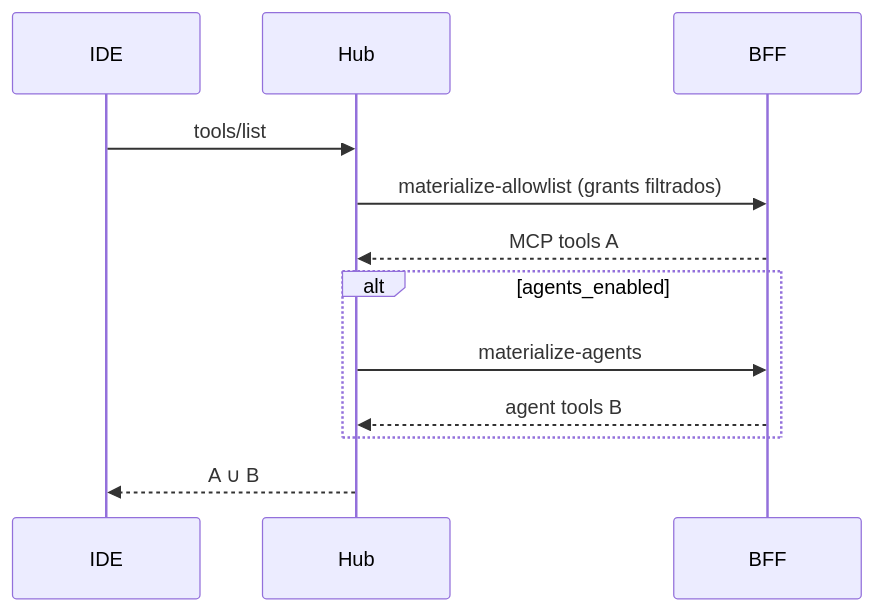
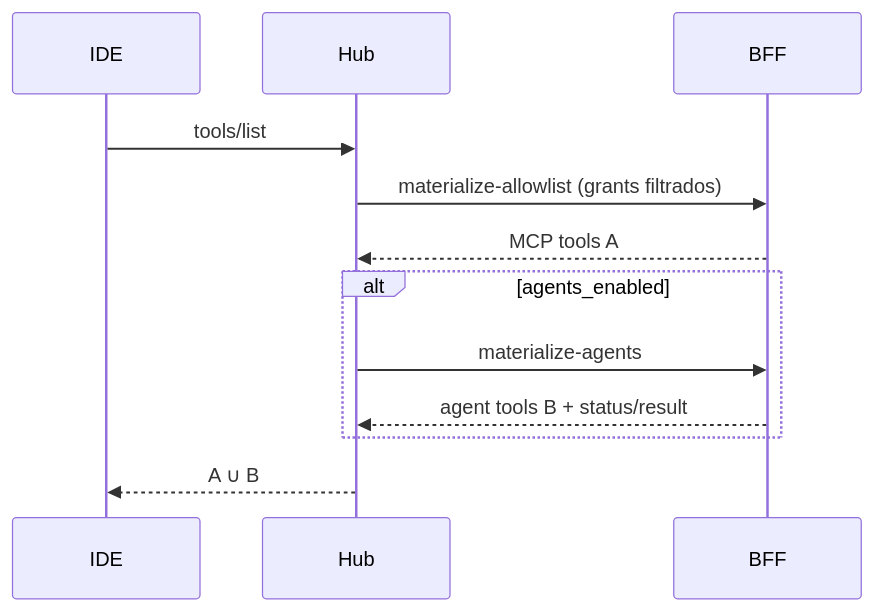
One commit to awslabs/loom changed the second of 3 diagrams in docs/specs/025-mcp-hub-agents-as-tools.md. Above: the diagram before and after it, drawn with Mermaid. The commit also changed other lines of this file and 1 other file, not shown here.

First line of the commit message:
docs: make Hub agent tools async with status poll

````diff
--- a/docs/specs/025-mcp-hub-agents-as-tools.md
+++ b/docs/specs/025-mcp-hub-agents-as-tools.md
@@ -248,15 +309,15 @@
 ```mermaid
 sequenceDiagram
   participant IDE
   participant Hub
   participant BFF
 
   IDE->>Hub: tools/list
   Hub->>BFF: materialize-allowlist (grants filtrados)
   BFF-->>Hub: MCP tools A
   alt agents_enabled
     Hub->>BFF: materialize-agents
-    BFF-->>Hub: agent tools B
+    BFF-->>Hub: agent tools B + status/result
   end
   Hub-->>IDE: A ∪ B
 ```
````
